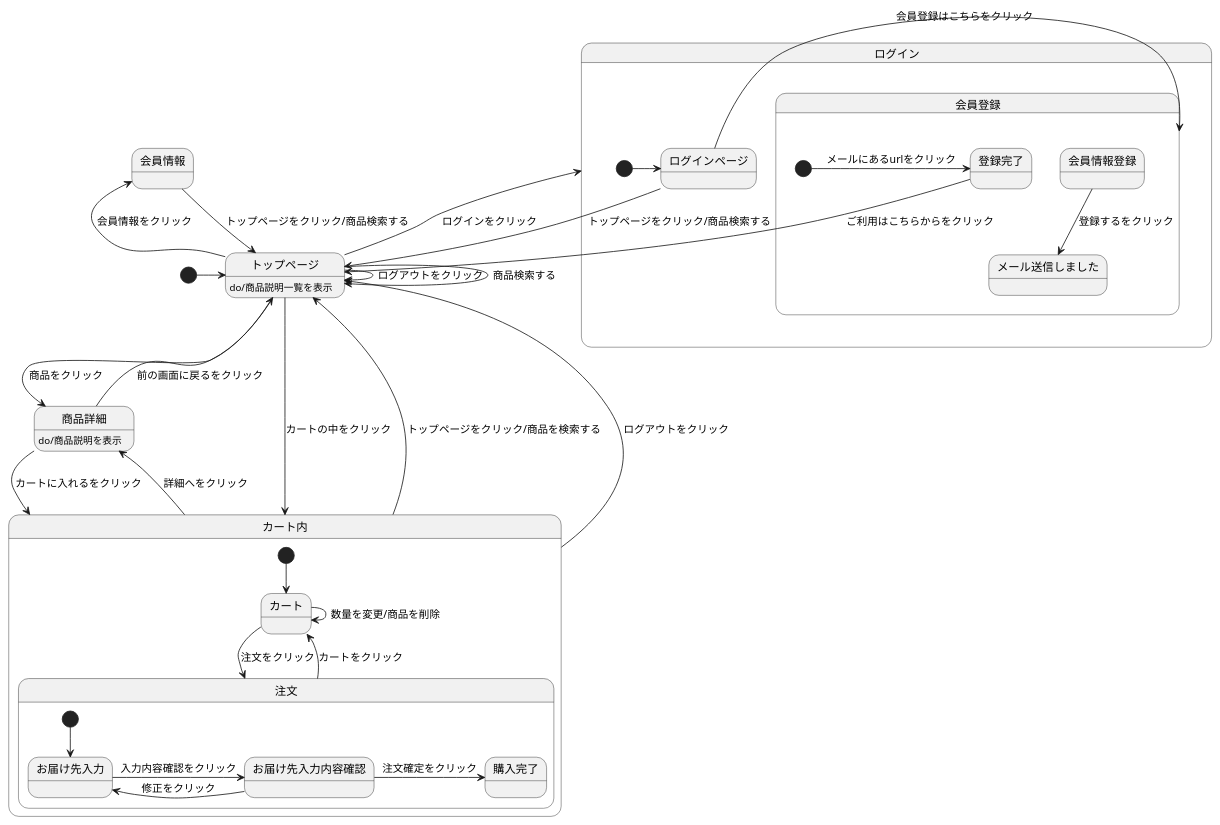
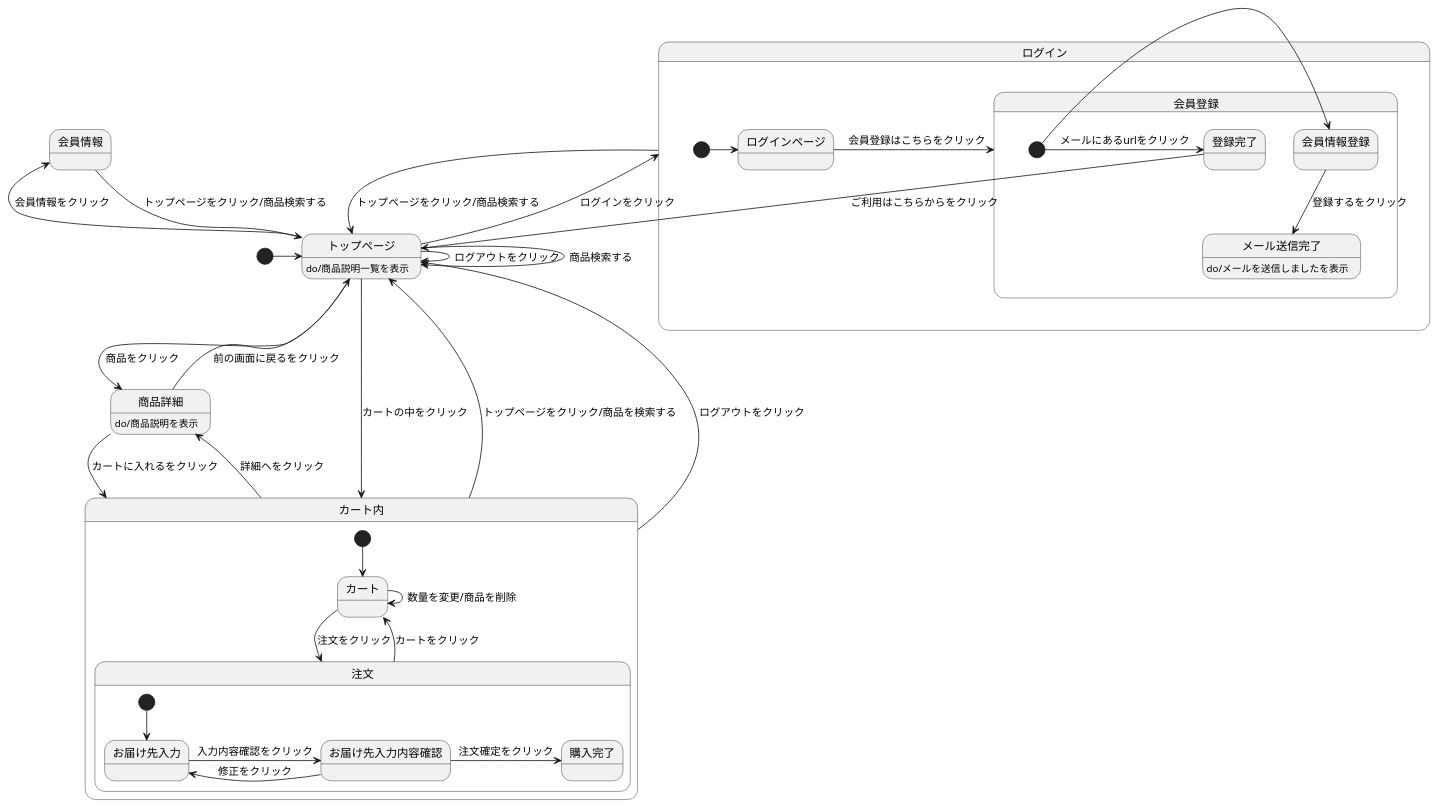
Before and after one commit to Aso2001026/2021sys-design: the diagram in original-stm01.md, drawn with PlantUML.

````diff
--- a/original-stm01.md
+++ b/original-stm01.md
@@ -2,46 +2,48 @@
 ```uml
 @startuml
 
 [*] -> トップページ
 会員情報 --> トップページ : トップページをクリック/商品検索する
 トップページ -> トップページ : ログアウトをクリック
 トップページ -> トップページ : 商品検索する
 トップページ -> 商品詳細 : 商品をクリック
 トップページ -left-> 会員情報 : 会員情報をクリック
 トップページ -left-> ログイン : ログインをクリック
 トップページ --> カート内 : カートの中をクリック
 トップページ:do/商品説明一覧を表示
 商品詳細 --> カート内 : カートに入れるをクリック
 商品詳細 --> トップページ : 前の画面に戻るをクリック
 商品詳細:do/商品説明を表示
 カート内-up-> トップページ : トップページをクリック/商品を検索する
 カート内 -up-> トップページ : ログアウトをクリック
 カート内 -> 商品詳細 : 詳細へをクリック
 
 state ログイン{
 [*]->ログインページ
-ログインページ -> トップページ : トップページをクリック/商品検索する
 ログインページ -> 会員登録 : 会員登録はこちらをクリック
+ログイン -> トップページ : トップページをクリック/商品検索する
 
 state 会員登録{
-会員情報登録 --> メール送信しました : 登録するをクリック
+[*] ->会員情報登録
+会員情報登録 --> メール送信完了 : 登録するをクリック
+メール送信完了 :do/メールを送信しましたを表示
 [*] -> 登録完了 : メールにあるurlをクリック
 登録完了 --> トップページ : ご利用はこちらからをクリック
 }
 }
 
 state カート内{
 [*] --> カート
 カート -> 注文 : 注文をクリック
 カート -> カート : 数量を変更/商品を削除
 注文 --> カート : カートをクリック
  state 注文{
   [*] --> お届け先入力
   お届け先入力 -> お届け先入力内容確認 : 入力内容確認をクリック
   お届け先入力内容確認 -> お届け先入力 : 修正をクリック
   お届け先入力内容確認 -> 購入完了 : 注文確定をクリック
  }
 }
 @enduml
 
 ```
````
